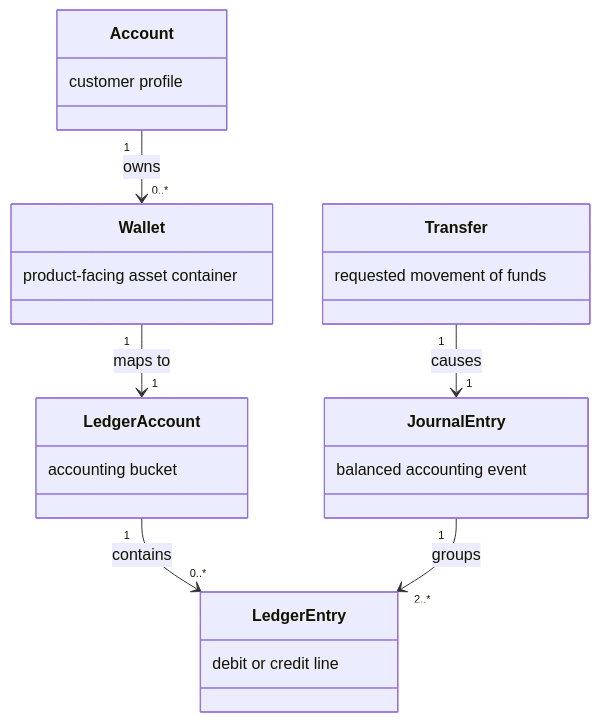
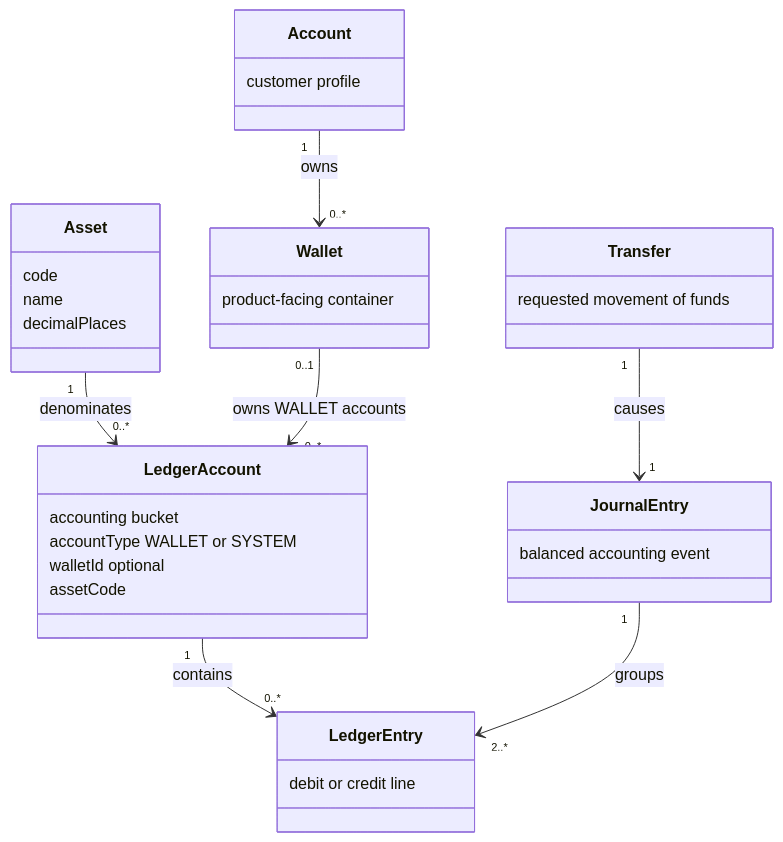
The diagram in docs/domain/domain-model.md (EbraGory33/Apex-Ledger), drawn with Mermaid before and after one commit. The commit also changed 10 other files, not shown here.

Commit message:
Enhance ledger and wallet structures with asset support and atomic units

````diff
--- a/docs/domain/domain-model.md
+++ b/docs/domain/domain-model.md
@@ -1,38 +1,49 @@
 ```mermaid
 classDiagram
 
     Account "1" --> "0..*" Wallet : owns
 
-    Wallet "1" --> "1" LedgerAccount : maps to
+    Asset "1" --> "0..*" LedgerAccount : denominates
+
+    Wallet "0..1" --> "0..*" LedgerAccount : owns WALLET accounts
 
     LedgerAccount "1" --> "0..*" LedgerEntry : contains
 
     JournalEntry "1" --> "2..*" LedgerEntry : groups
 
     Transfer "1" --> "1" JournalEntry : causes
 
 
     class Account {
         customer profile
     }
 
     class Wallet {
-        product-facing asset container
+        product-facing container
+    }
+
+    class Asset {
+        code
+        name
+        decimalPlaces
     }
 
     class LedgerAccount {
         accounting bucket
+        accountType WALLET or SYSTEM
+        walletId optional
+        assetCode
     }
 
     class JournalEntry {
         balanced accounting event
     }
 
     class LedgerEntry {
         debit or credit line
     }
 
     class Transfer {
         requested movement of funds
     }
 ```
````
